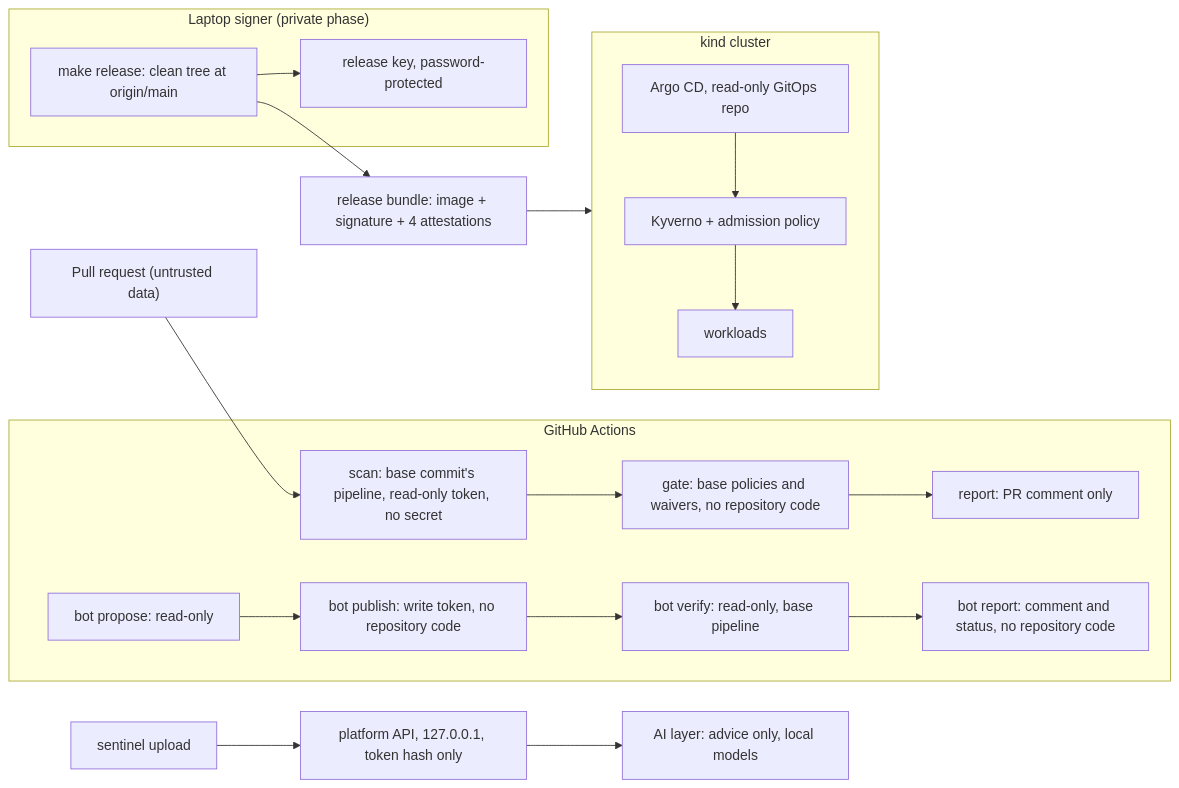
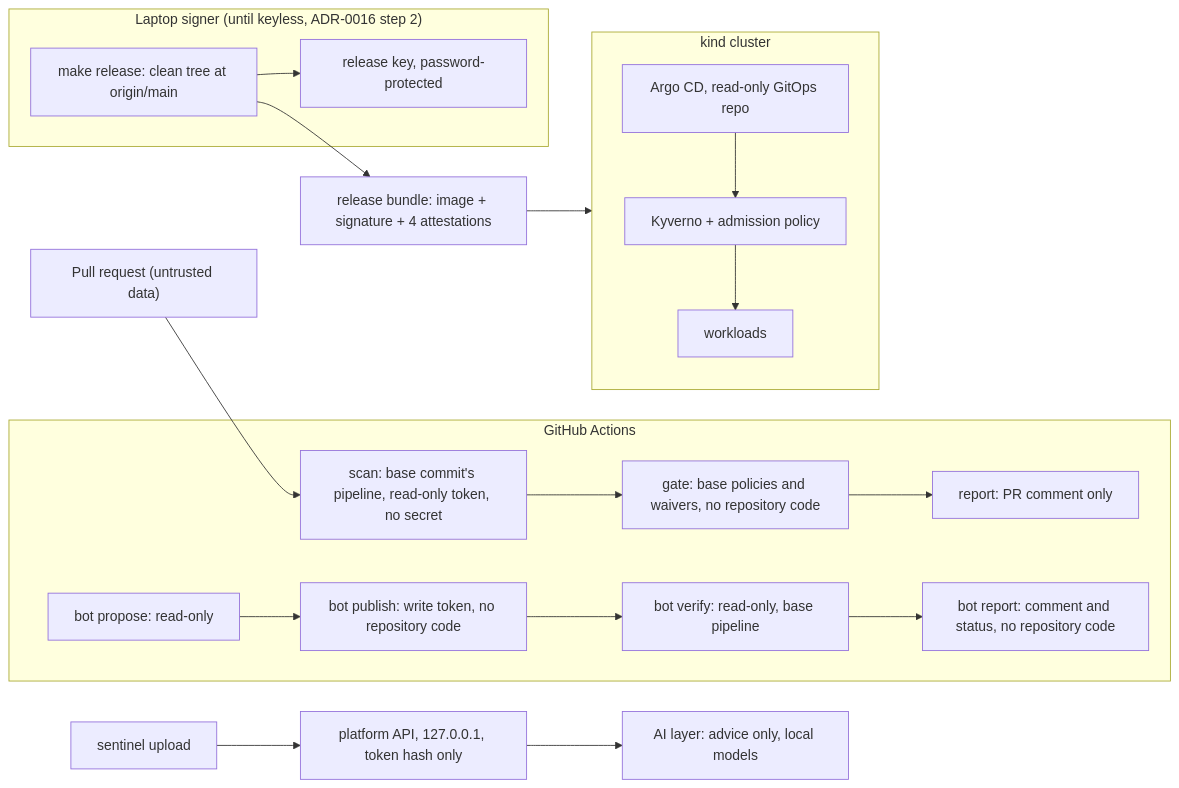
One commit to NOURHANE-EHOUARI/sentinelci changed the diagram in docs/threat-model.md. Above: the diagram before and after it, drawn with Mermaid. The commit also changed other lines of this file and 7 other files, not shown here.

First line of the commit message:
docs(repo): the public rules, step 1 of ADR-0016 (A10)

````diff
--- a/docs/threat-model.md
+++ b/docs/threat-model.md
@@ -34,20 +35,20 @@
 ```mermaid
 flowchart LR
   PR["Pull request (untrusted data)"] --> SCAN
   subgraph CI["GitHub Actions"]
     SCAN["scan: base commit's pipeline, read-only token, no secret"] --> GATE["gate: base policies and waivers, no repository code"]
     GATE --> REPORT["report: PR comment only"]
     PROPOSE["bot propose: read-only"] --> PUBLISH["bot publish: write token, no repository code"]
     PUBLISH --> VERIFY["bot verify: read-only, base pipeline"] --> BREPORT["bot report: comment and status, no repository code"]
   end
-  subgraph LAPTOP["Laptop signer (private phase)"]
+  subgraph LAPTOP["Laptop signer (until keyless, ADR-0016 step 2)"]
     REL["make release: clean tree at origin/main"] --> KEY["release key, password-protected"]
   end
   REL --> BUNDLE["release bundle: image + signature + 4 attestations"]
   BUNDLE --> KIND
   subgraph KIND["kind cluster"]
     ARGO["Argo CD, read-only GitOps repo"] --> KYV["Kyverno + admission policy"] --> POD["workloads"]
   end
   CLI["sentinel upload"] --> API["platform API, 127.0.0.1, token hash only"]
   API --> AI["AI layer: advice only, local models"]
 ```
````
